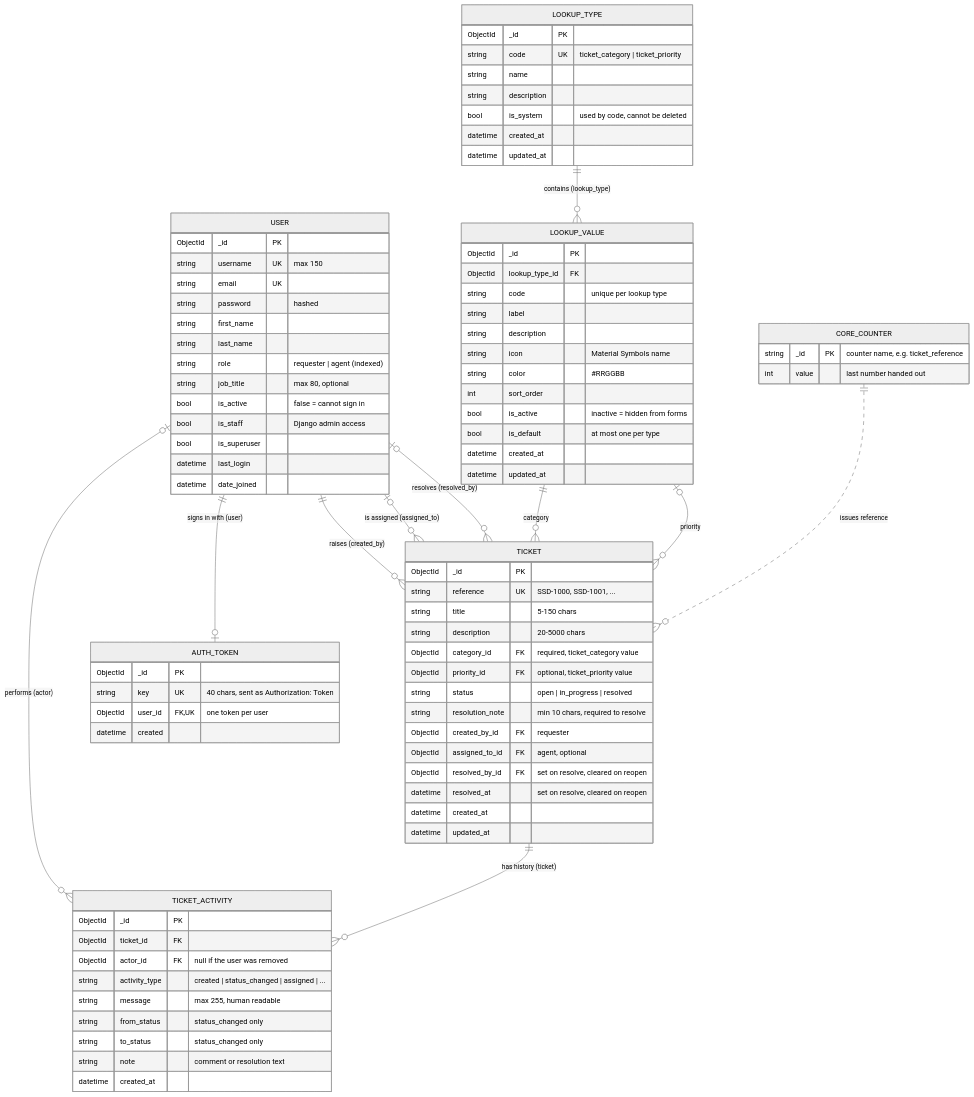
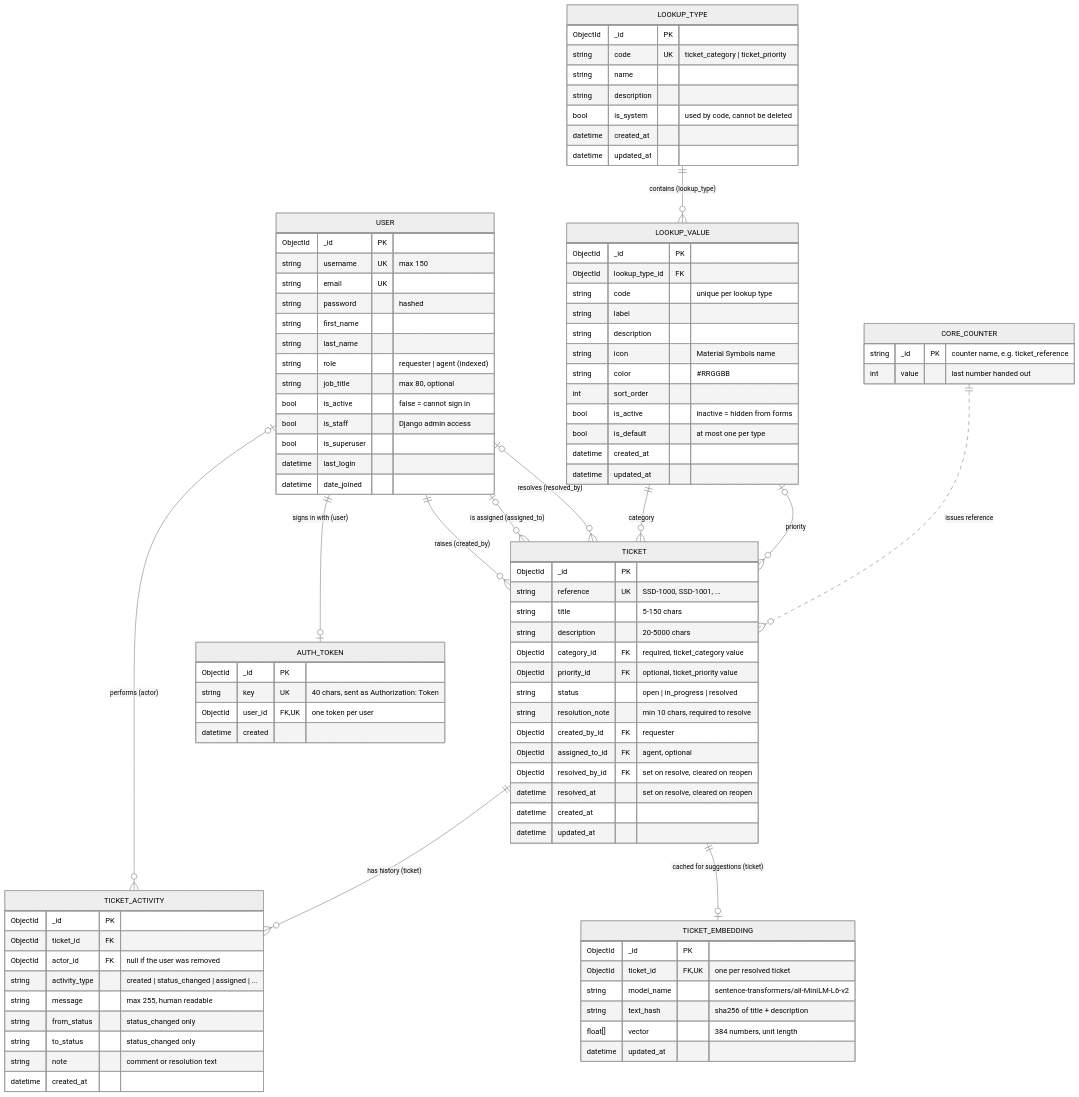
The second of 5 diagrams in docs/ER_DIAGRAMS.md (arunsanjeevms/Smart-Support-Desk), drawn with Mermaid (neutral theme) before and after one commit. The commit also changed other lines of this file and 3 other files, not shown here.

First line of the commit message:
Document how the similar ticket suggestions work, with real examples

```diff
--- a/docs/ER_DIAGRAMS.md
+++ b/docs/ER_DIAGRAMS.md
@@ -83,6 +88,7 @@
     LOOKUP_VALUE ||--o{ TICKET : "category"
     LOOKUP_VALUE |o--o{ TICKET : "priority"
     CORE_COUNTER ||..o{ TICKET : "issues reference"
+    TICKET ||--o| TICKET_EMBEDDING : "cached for suggestions (ticket)"
 
     USER {
         ObjectId _id PK
@@ -119,6 +125,14 @@
         ObjectId resolved_by_id FK "set on resolve, cleared on reopen"
         datetime resolved_at "set on resolve, cleared on reopen"
         datetime created_at
+        datetime updated_at
+    }
+    TICKET_EMBEDDING {
+        ObjectId _id PK
+        ObjectId ticket_id FK, UK "one per resolved ticket"
+        string model_name "sentence-transformers/all-MiniLM-L6-v2"
+        string text_hash "sha256 of title + description"
+        float[] vector "384 numbers, unit length"
         datetime updated_at
     }
     TICKET_ACTIVITY {
```
